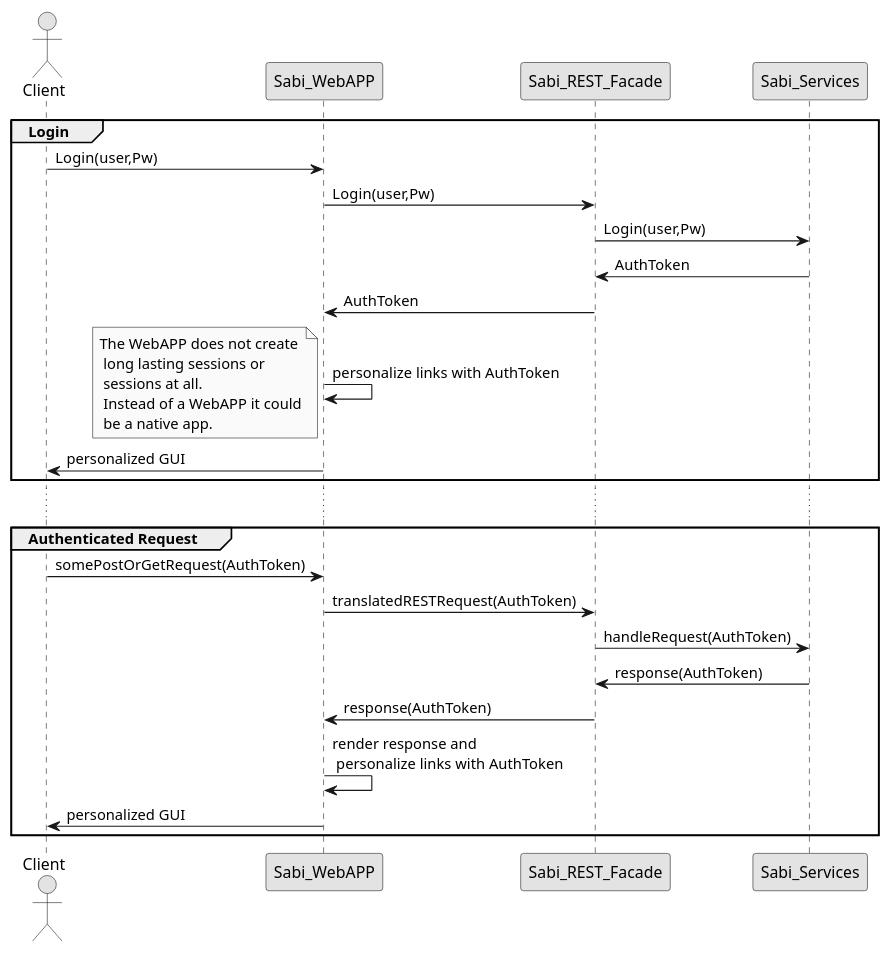
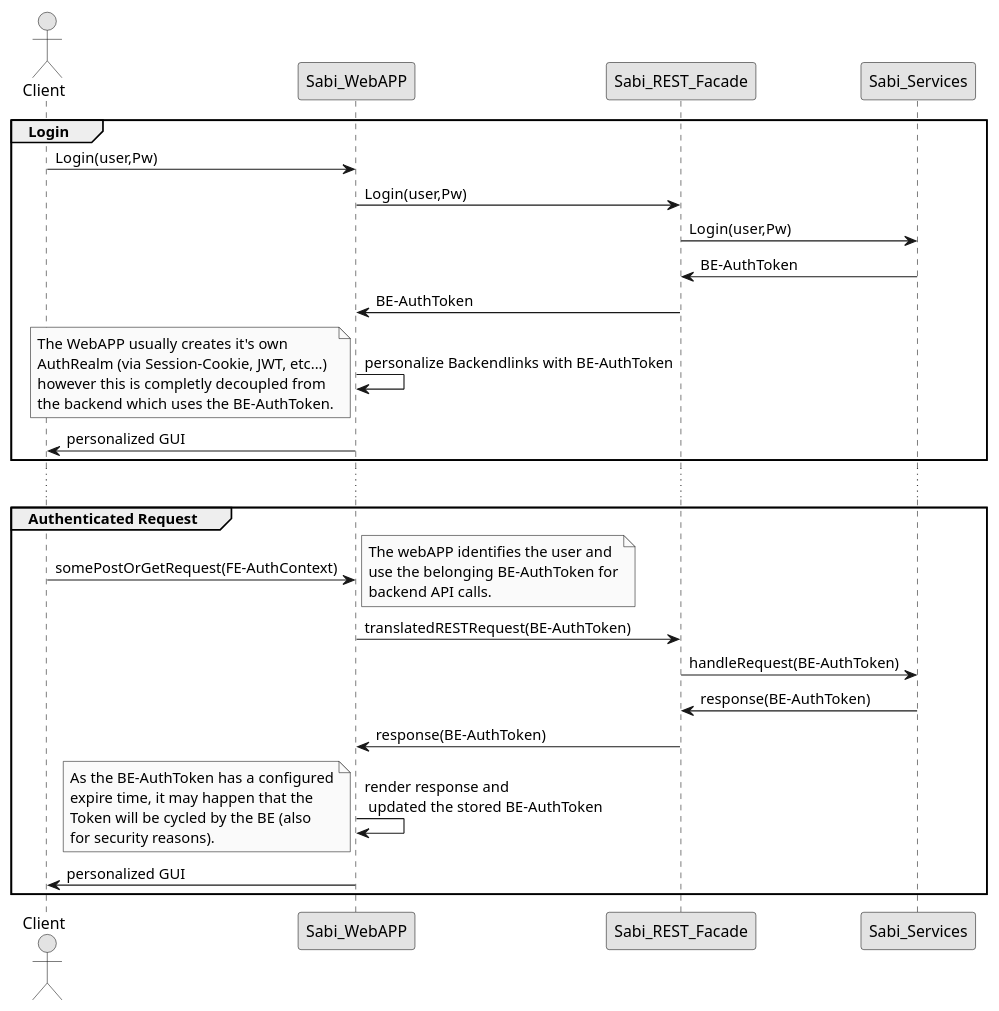
The diagram in sabi-server/UML/6_RuntimeView/Seq_Authorisation.puml (StefanSchubert/sabi), drawn with PlantUML before and after one commit. The commit also changed 6 other files, not shown here.

```diff
--- a/sabi-server/UML/6_RuntimeView/Seq_Authorisation.puml
+++ b/sabi-server/UML/6_RuntimeView/Seq_Authorisation.puml
@@ -1,31 +1,33 @@
 @startuml
 
 skinparam monochrome true
 skinparam componentStyle uml2
 
 actor Client
 
 group Login
     Client -> Sabi_WebAPP:Login(user,Pw)
     Sabi_WebAPP -> Sabi_REST_Facade:Login(user,Pw)
     Sabi_REST_Facade -> Sabi_Services:Login(user,Pw)
-    Sabi_Services -> Sabi_REST_Facade:AuthToken
-    Sabi_REST_Facade -> Sabi_WebAPP:AuthToken
+    Sabi_Services -> Sabi_REST_Facade:BE-AuthToken
+    Sabi_REST_Facade -> Sabi_WebAPP:BE-AuthToken
 
-    Sabi_WebAPP -> Sabi_WebAPP:personalize links with AuthToken
-    note left: The WebAPP does not create\n long lasting sessions or\n sessions at all.\n Instead of a WebAPP it could\n be a native app.
+    Sabi_WebAPP -> Sabi_WebAPP:personalize Backendlinks with BE-AuthToken
+    note left: The WebAPP usually creates it's own\nAuthRealm (via Session-Cookie, JWT, etc...)\nhowever this is completly decoupled from\nthe backend which uses the BE-AuthToken.
     Client <- Sabi_WebAPP:personalized GUI
 end
 ...
 
 group Authenticated Request
-    Client -> Sabi_WebAPP:somePostOrGetRequest(AuthToken)
-    Sabi_WebAPP -> Sabi_REST_Facade:translatedRESTRequest(AuthToken)
-    Sabi_REST_Facade -> Sabi_Services:handleRequest(AuthToken)
-    Sabi_REST_Facade <- Sabi_Services:response(AuthToken)
-    Sabi_WebAPP <- Sabi_REST_Facade:response(AuthToken)
-    Sabi_WebAPP -> Sabi_WebAPP:render response and\n personalize links with AuthToken
+    Client -> Sabi_WebAPP:somePostOrGetRequest(FE-AuthContext)
+    note right: The webAPP identifies the user and\nuse the belonging BE-AuthToken for\nbackend API calls.
+    Sabi_WebAPP -> Sabi_REST_Facade:translatedRESTRequest(BE-AuthToken)
+    Sabi_REST_Facade -> Sabi_Services:handleRequest(BE-AuthToken)
+    Sabi_REST_Facade <- Sabi_Services:response(BE-AuthToken)
+    Sabi_WebAPP <- Sabi_REST_Facade:response(BE-AuthToken)
+    Sabi_WebAPP -> Sabi_WebAPP:render response and\n updated the stored BE-AuthToken
+    note left: As the BE-AuthToken has a configured\nexpire time, it may happen that the\nToken will be cycled by the BE (also\nfor security reasons).
     Client <- Sabi_WebAPP:personalized GUI
 end
 
 @enduml
```
